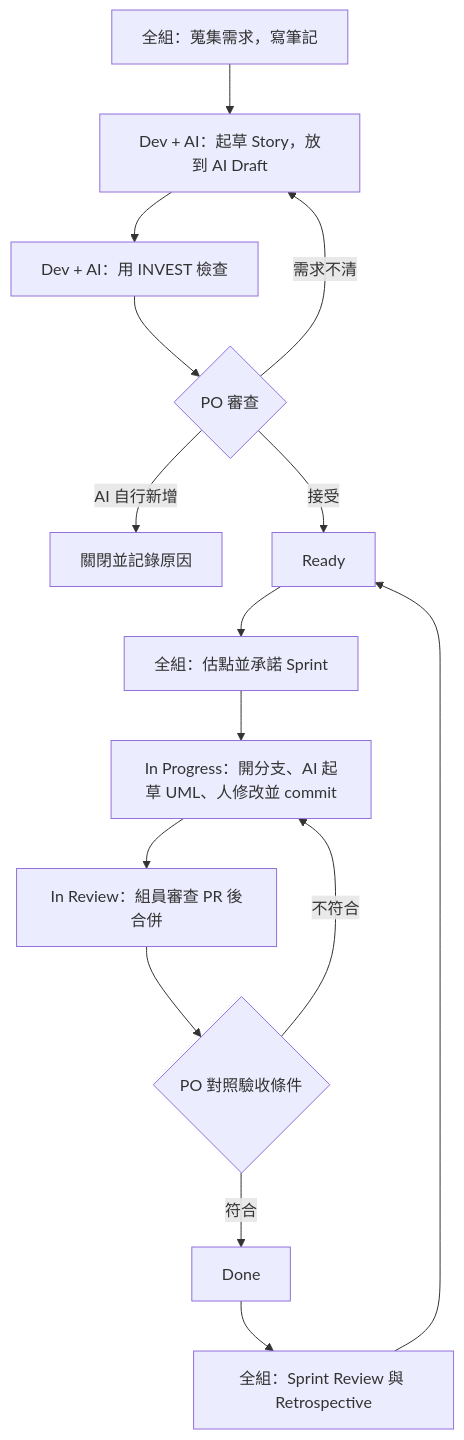
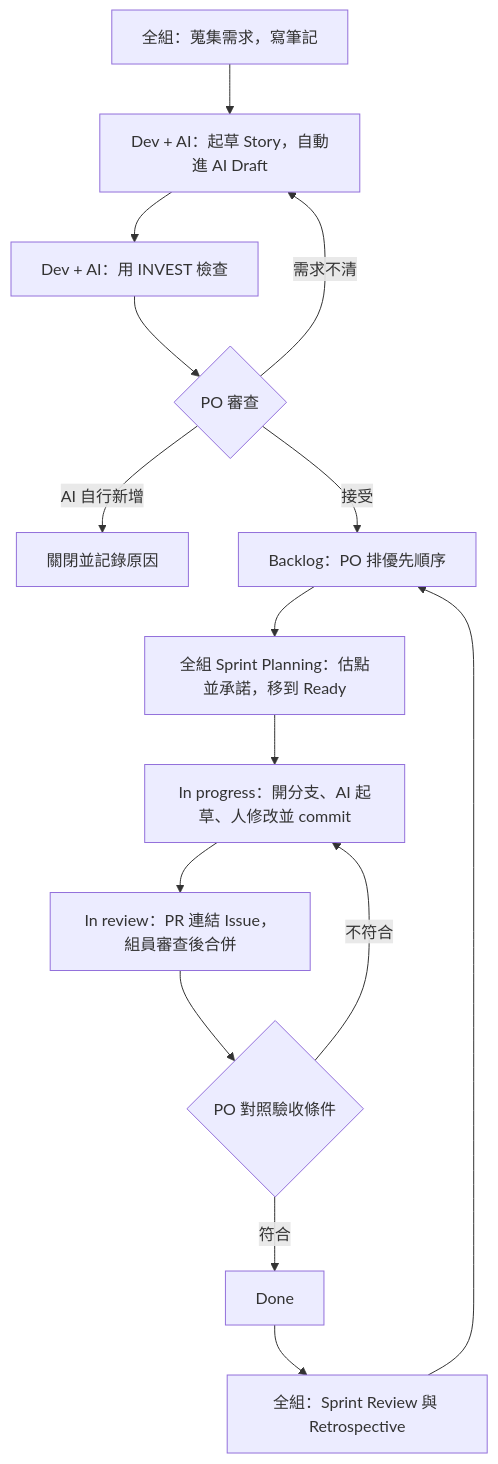
Before and after one commit to cm4578/SE-2026: the diagram in docs/agile-ai-workflow.md, drawn with Mermaid. The commit also changed other lines of this file and 2 other files, not shown here.

````diff
--- a/docs/agile-ai-workflow.md
+++ b/docs/agile-ai-workflow.md
@@ -27,17 +27,17 @@
 ```mermaid
 flowchart TD
-    A[全組：蒐集需求，寫筆記] --> B[Dev + AI：起草 Story，放到 AI Draft]
+    A[全組：蒐集需求，寫筆記] --> B[Dev + AI：起草 Story，自動進 AI Draft]
     B --> C[Dev + AI：用 INVEST 檢查]
     C --> D{PO 審查}
     D -- 需求不清 --> B
     D -- AI 自行新增 --> X[關閉並記錄原因]
-    D -- 接受 --> E[Ready]
-    E --> F[全組：估點並承諾 Sprint]
-    F --> G[In Progress：開分支、AI 起草 UML、人修改並 commit]
-    G --> H[In Review：組員審查 PR 後合併]
+    D -- 接受 --> E[Backlog：PO 排優先順序]
+    E --> F[全組 Sprint Planning：估點並承諾，移到 Ready]
+    F --> G[In progress：開分支、AI 起草、人修改並 commit]
+    G --> H[In review：PR 連結 Issue，組員審查後合併]
     H --> I{PO 對照驗收條件}
     I -- 不符合 --> G
     I -- 符合 --> J[Done]
     J --> K[全組：Sprint Review 與 Retrospective]
     K --> E
 ```
````
